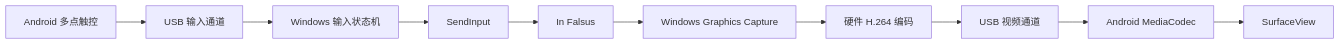
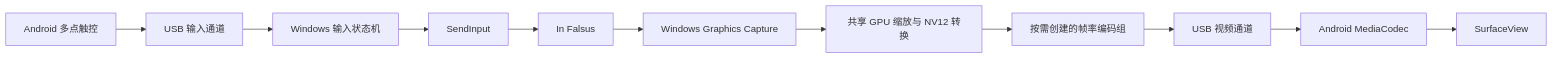
The diagram in ARCHITECTURE.md (Cedarflake/InFalsusTouch), drawn with Mermaid before and after one commit. The commit also changed other lines of this file and 32 other files, not shown here.

````diff
--- a/ARCHITECTURE.md
+++ b/ARCHITECTURE.md
@@ -7,12 +7,13 @@
 ```mermaid
 flowchart LR
   Touch[Android 多点触控] --> Control[USB 输入通道]
   Control --> Host[Windows 输入状态机]
   Host --> Input[SendInput]
   Input --> Game[In Falsus]
   Game --> Capture[Windows Graphics Capture]
-  Capture --> Encode[硬件 H.264 编码]
+  Capture --> Convert[共享 GPU 缩放与 NV12 转换]
+  Convert --> Encode[按需创建的帧率编码组]
   Encode --> Video[USB 视频通道]
   Video --> Decode[Android MediaCodec]
   Decode --> Screen[SurfaceView]
 ```
````
